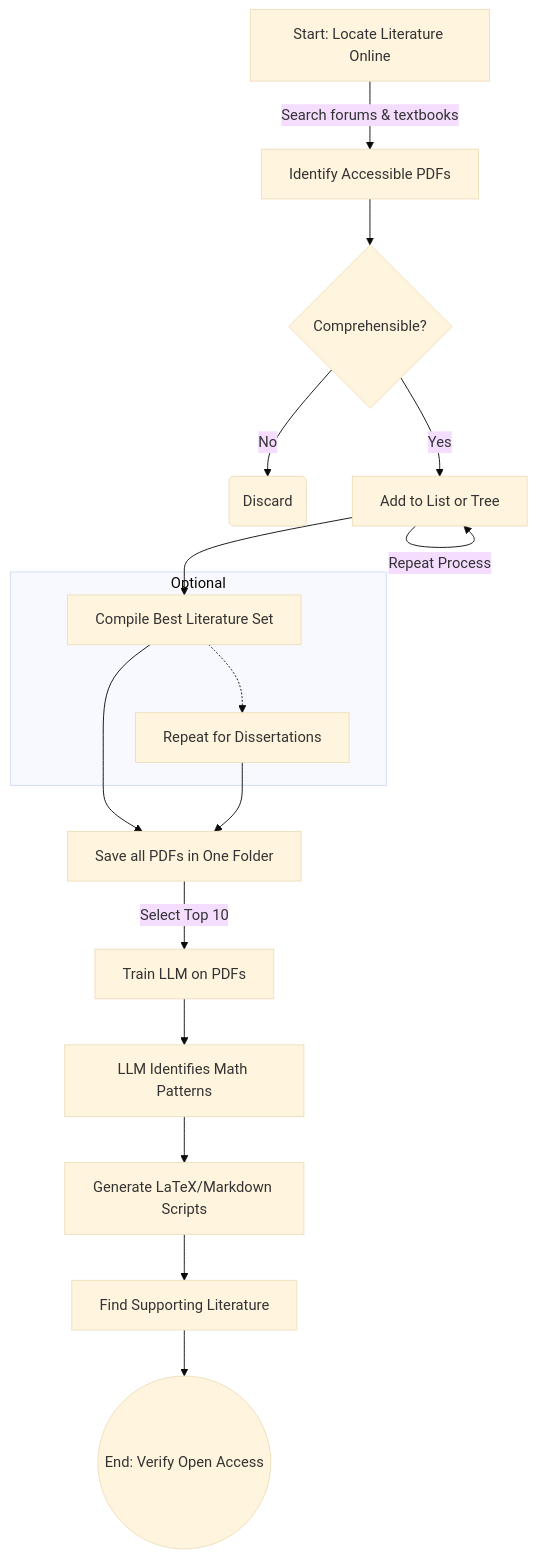
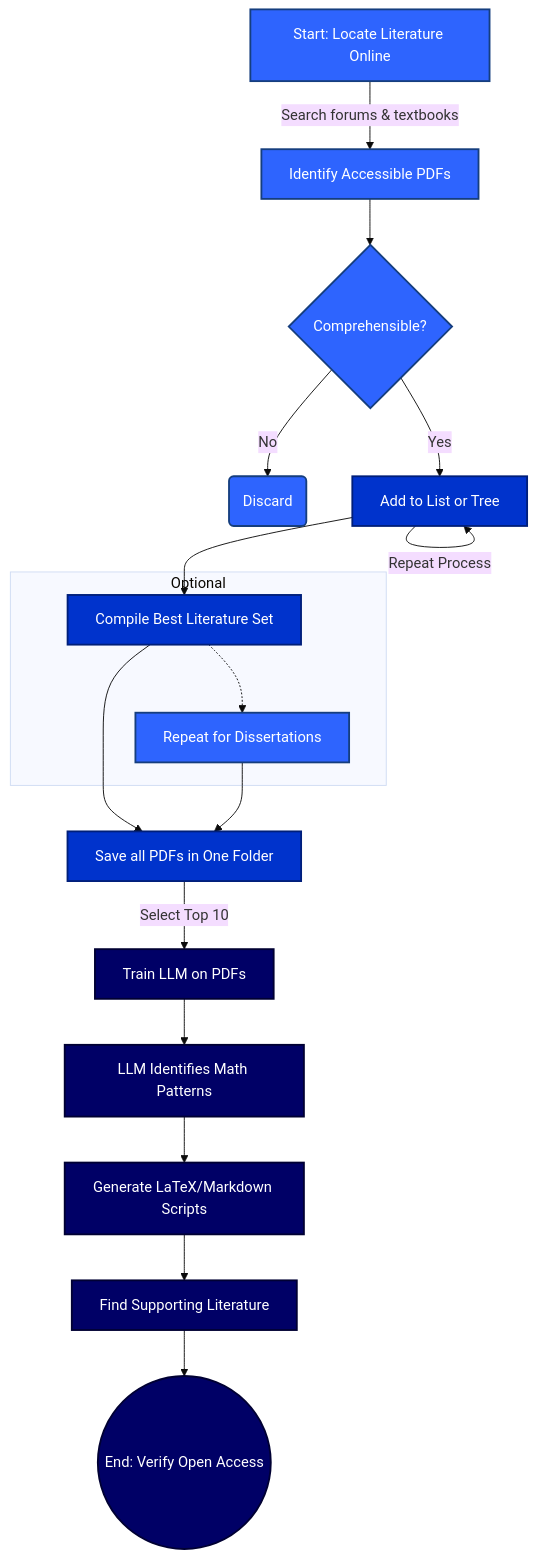
Before and after one commit to OJB-Quantum/Math-and-Physics-How-To: the second of 2 diagrams in README.md, drawn with Mermaid (base theme).

Commit message:
Enhance README with diagram styling details
Added class definitions and styles for diagram phases.

````diff
--- a/README.md
+++ b/README.md
@@ -148,21 +148,36 @@
 ```mermaid
 graph TD
     A[Start: Locate Literature Online] -- Search forums & textbooks --> B[Identify Accessible PDFs]
     B --> C{Comprehensible?}
     C -- No --> D(Discard)
     C -- Yes --> E[Add to List or Tree]
     E -- Repeat Process --> E
     E --> F[Compile Best Literature Set]
     
     subgraph Optional
     F -.-> G[Repeat for Dissertations]
     end
     
     F --> H[Save all PDFs in One Folder]
     G --> H
     H -- Select Top 10 --> I[Train LLM on PDFs]
     I --> J[LLM Identifies Math Patterns]
     J --> K[Generate LaTeX/Markdown Scripts]
     K --> L[Find Supporting Literature]
     L --> M((End: Verify Open Access))
+
+    %% Define Blue Classes (Medium, Dark, Navy)
+    classDef mediumBlue fill:#2E64FE,stroke:#153E7E,stroke-width:2px,color:#FFFFFF
+    classDef darkBlue fill:#0033CC,stroke:#001F7A,stroke-width:2px,color:#FFFFFF
+    classDef navyBlue fill:#000066,stroke:#000033,stroke-width:2px,color:#FFFFFF
+
+    %% Apply Styles
+    %% Phase 1: Search & Filter (Medium Blue)
+    class A,B,C,D,G mediumBlue
+    
+    %% Phase 2: Organization (Dark Blue)
+    class E,F,H darkBlue
+    
+    %% Phase 3: AI Processing & Output (Navy Blue)
+    class I,J,K,L,M navyBlue
 ```
````
